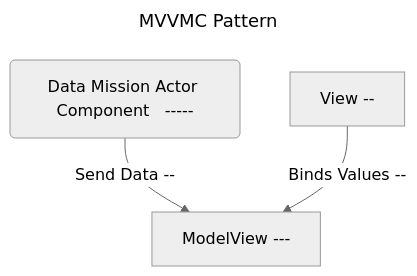
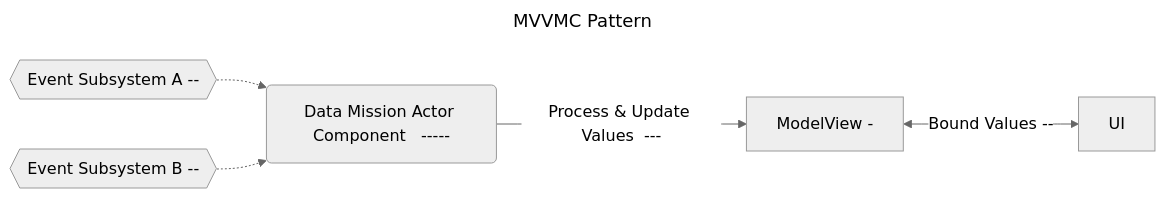
The first of 4 diagrams in Docs/MissionDeliverySystem.md (unrealrobin/timbermvp), drawn with Mermaid (neutral theme) before and after one commit. The commit also changed other lines of this file and 13 other files, not shown here.

````diff
--- a/Docs/MissionDeliverySystem.md
+++ b/Docs/MissionDeliverySystem.md
@@ -1,13 +13,17 @@
 ```mermaid
 ---
 title: MVVMC Pattern
 ---
-flowchart TD
+flowchart LR
     A(Data Mission Actor Component   -----)
-    C[ModelView   ---]
-    D[View  --]
+    C[ModelView -]
+    D[UI]
+    E{{Event Subsystem A --}}
+    F{{Event Subsystem B --}}
     
-    A --> |Send Data  --| C
-    D --> |Binds Values  -- | C
+    E -.-> A
+    F -.-> A
+    A --> |Process & Update Values  ---| C
+    C <--> |Bound Values  -- | D
     
 ```
````
